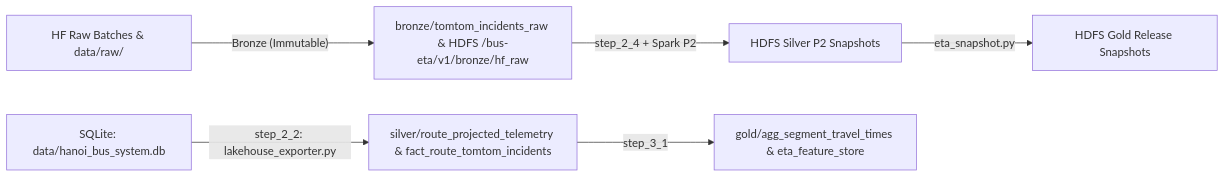
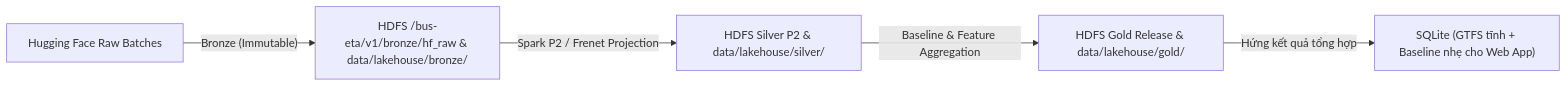
Before and after one commit to toibinguz/Bus_tracking: the diagram in docs/HDFS_LAKEHOUSE.md, drawn with Mermaid. The commit also changed other lines of this file and 12 other files, not shown here.

Commit message:
docs: remove script wrapper references and clarify HDFS primary storage vs lightweight SQLite role

````diff
--- a/docs/HDFS_LAKEHOUSE.md
+++ b/docs/HDFS_LAKEHOUSE.md
@@ -9,8 +9,7 @@
 ```mermaid
 flowchart LR
-    RAW["HF Raw Batches & data/raw/"] -->|"Bronze (Immutable)"| BR["bronze/tomtom_incidents_raw & HDFS /bus-eta/v1/bronze/hf_raw"]
-    DB["SQLite: data/hanoi_bus_system.db"] -->|"step_2_2: lakehouse_exporter.py"| SIL["silver/route_projected_telemetry & fact_route_tomtom_incidents"]
-    BR -->|"step_2_4 + Spark P2"| HSIL["HDFS Silver P2 Snapshots"]
-    SIL -->|"step_3_1"| GOLD["gold/agg_segment_travel_times & eta_feature_store"]
-    HSIL -->|"eta_snapshot.py"| HGOLD["HDFS Gold Release Snapshots"]
+    HF["Hugging Face Raw Batches"] -->|"Bronze (Immutable)"| HBR["HDFS /bus-eta/v1/bronze/hf_raw & data/lakehouse/bronze/"]
+    HBR -->|"Spark P2 / Frenet Projection"| HSIL["HDFS Silver P2 & data/lakehouse/silver/"]
+    HSIL -->|"Baseline & Feature Aggregation"| HGOLD["HDFS Gold Release & data/lakehouse/gold/"]
+    HGOLD -->|"Hứng kết quả tổng hợp"| SQL["SQLite (GTFS tĩnh + Baseline nhẹ cho Web App)"]
 ```
````
